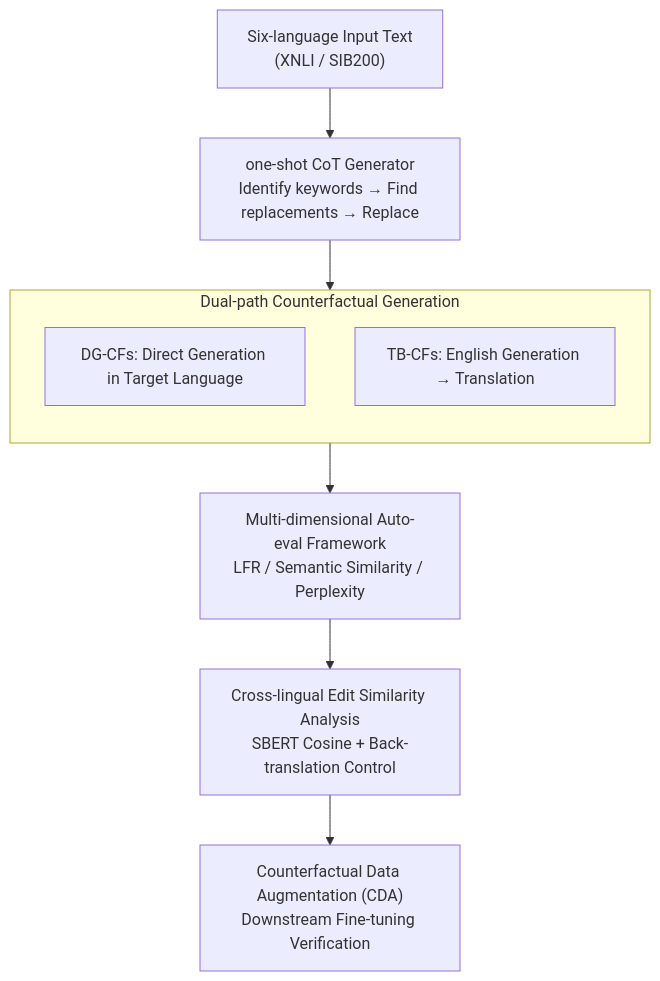
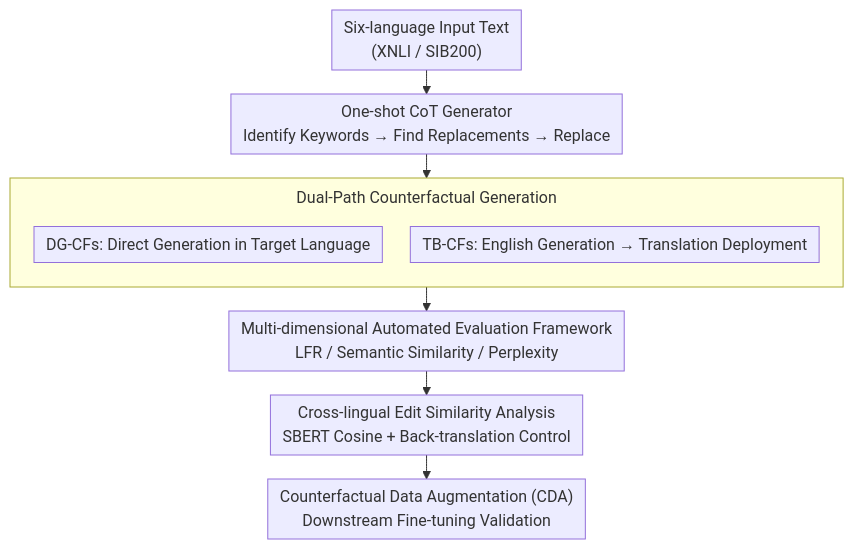
Before and after one commit to zhaoyang97/Paper-Notes-en: the diagram in docs/ACL2026/causal_inference/parallel_universes_parallel_languages_a_comprehensive_study_on_llm-based_multili.md, drawn with Mermaid. The commit also changed other lines of this file and 5084 other files, not shown here.

````diff
--- a/docs/ACL2026/causal_inference/parallel_universes_parallel_languages_a_comprehensive_study_on_llm-based_multili.md
+++ b/docs/ACL2026/causal_inference/parallel_universes_parallel_languages_a_comprehensive_study_on_llm-based_multili.md
@@ -44,13 +44,14 @@
 ```mermaid
-graph TD
-    A["Six-language Input Text<br/>(XNLI / SIB200)"] --> B["one-shot CoT Generator<br/>Identify keywords → Find replacements → Replace"]
-    subgraph S1["Dual-path Counterfactual Generation"]
+%%{init: {'flowchart': {'rankSpacing': 24, 'nodeSpacing': 28, 'padding': 6, 'wrappingWidth': 400, 'subGraphTitleMargin': {'top': 8, 'bottom': 16}}}}%%
+flowchart TD
+    A["Six-language Input Text<br/>(XNLI / SIB200)"] --> B["One-shot CoT Generator<br/>Identify Keywords → Find Replacements → Replace"]
+    subgraph S1["Dual-Path Counterfactual Generation"]
         direction TB
         C["DG-CFs: Direct Generation in Target Language"]
-        D["TB-CFs: English Generation → Translation"]
+        D["TB-CFs: English Generation → Translation Deployment"]
     end
     B --> S1
-    S1 --> E["Multi-dimensional Auto-eval Framework<br/>LFR / Semantic Similarity / Perplexity"]
+    S1 --> E["Multi-dimensional Automated Evaluation Framework<br/>LFR / Semantic Similarity / Perplexity"]
     E --> F["Cross-lingual Edit Similarity Analysis<br/>SBERT Cosine + Back-translation Control"]
-    F --> G["Counterfactual Data Augmentation (CDA)<br/>Downstream Fine-tuning Verification"]
+    F --> G["Counterfactual Data Augmentation (CDA)<br/>Downstream Fine-tuning Validation"]
 ```
````
